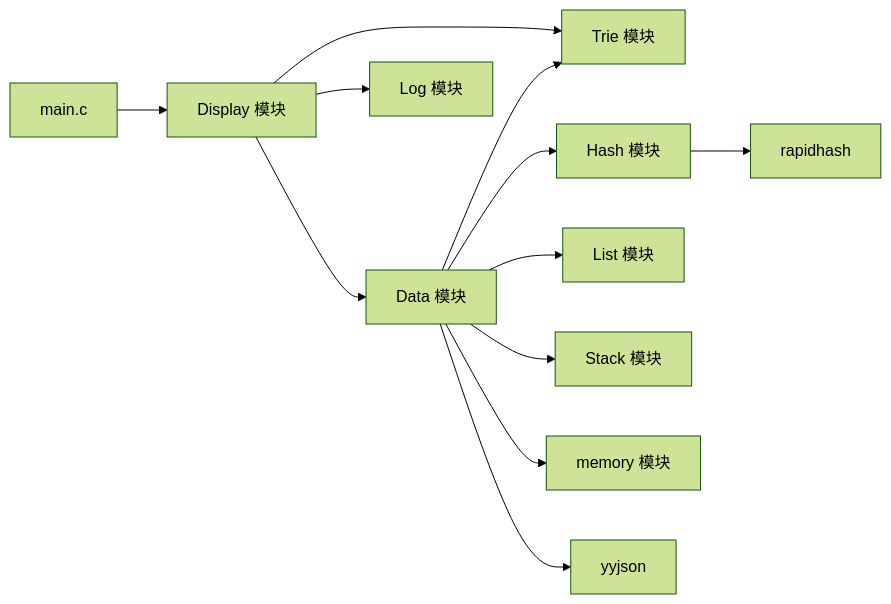
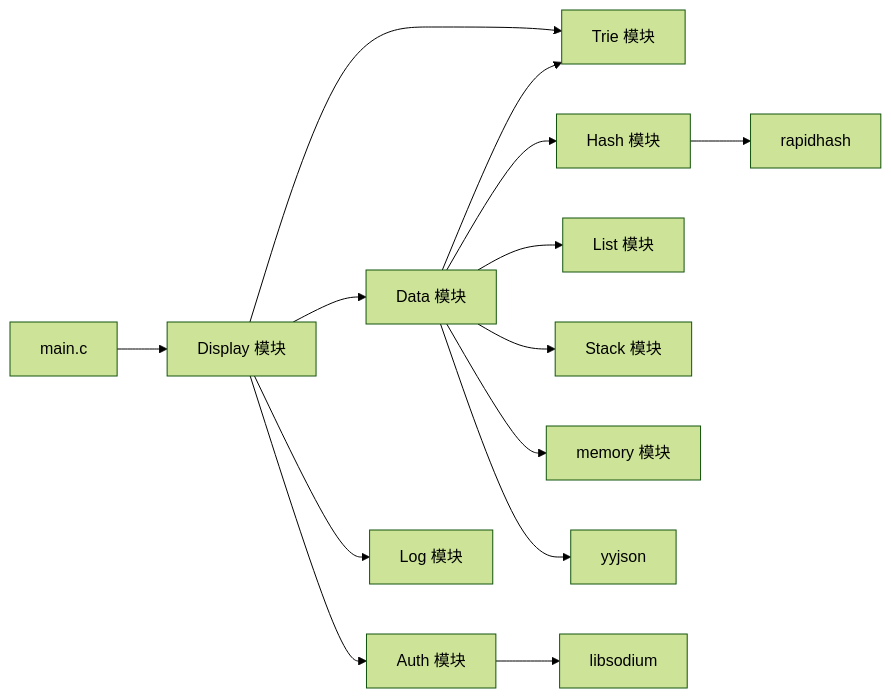
One commit to ltdq/Homework changed the first of 2 diagrams in README.md. Above: the diagram before and after it, drawn with Mermaid (forest theme). The commit also changed other lines of this file and 8 other files, not shown here.

````diff
--- a/README.md
+++ b/README.md
@@ -42,16 +46,18 @@
 ```mermaid
 flowchart LR
 	MAIN[main.c] --> DISP[Display 模块]
 	DISP --> DATA[Data 模块]
+	DISP --> AUTH[Auth 模块]
 	DISP --> LOG[Log 模块]
 	DISP --> TRIE[Trie 模块]
 
 	DATA --> HASH[Hash 模块]
 	DATA --> LIST[List 模块]
 	DATA --> STACK[Stack 模块]
 	DATA --> TRIE
 	DATA --> MEM[memory 模块]
 	DATA --> JSON[yyjson]
 
+	AUTH --> SODIUM[libsodium]
 	HASH --> RH[rapidhash]
 ```
````
